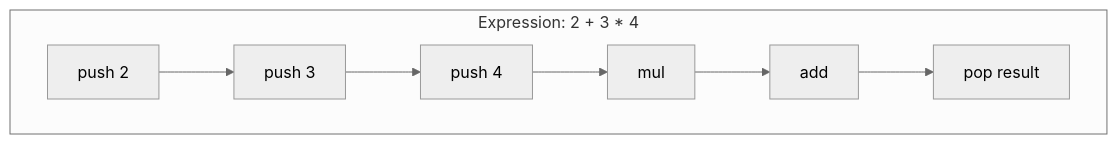
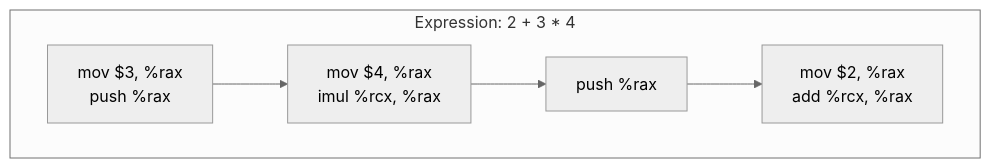
One commit to juno-yu/simple-howto-c-compiler-ximplec changed the second of 3 diagrams in 0004-codegen/README.md. Above: the diagram before and after it, drawn with Mermaid (neutral theme). The commit also changed other lines of this file and 131 other files, not shown here.

````diff
--- a/0004-codegen/README.md
+++ b/0004-codegen/README.md
@@ -23,10 +29,7 @@
 ```mermaid
 graph TD
     subgraph "Expression: 2 + 3 * 4"
-        A[push 2] --> B[push 3]
-        B --> C[push 4]
-        C --> D[mul]
-        D --> E[add]
-        E --> F[pop result]
+        A[mov $3, %rax<br/>push %rax] --> B[mov $4, %rax<br/>imul %rcx, %rax]
+        B --> C[push %rax] --> D[mov $2, %rax<br/>add %rcx, %rax]
     end
 ```
````
